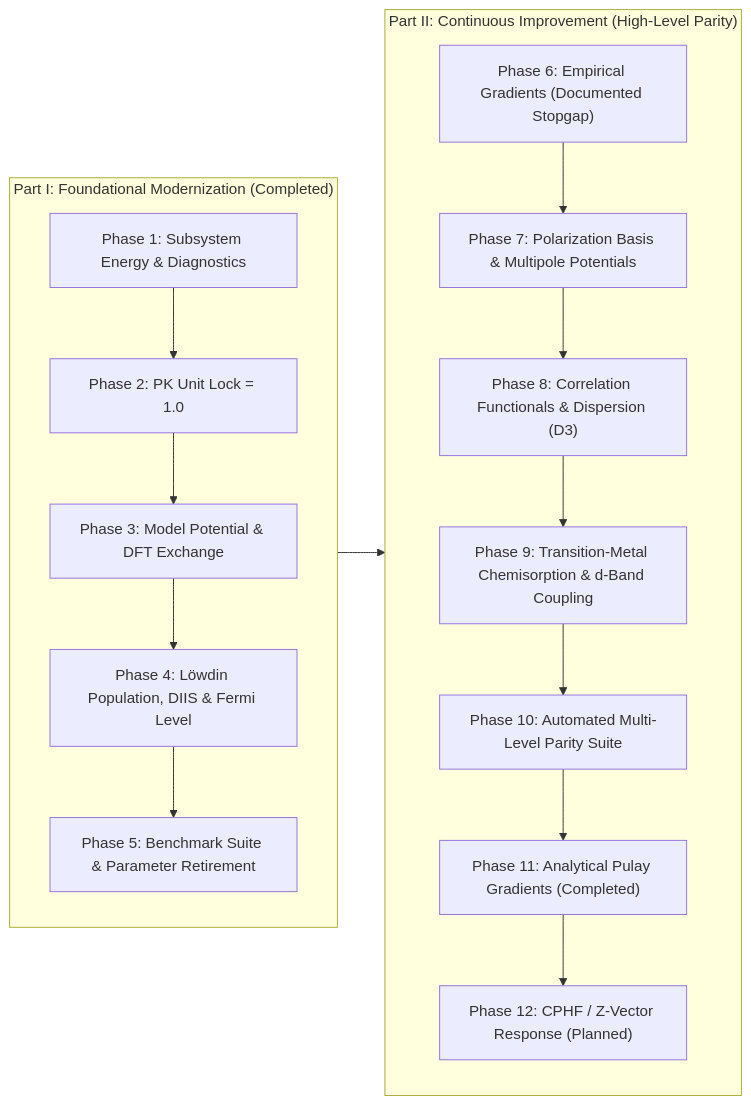
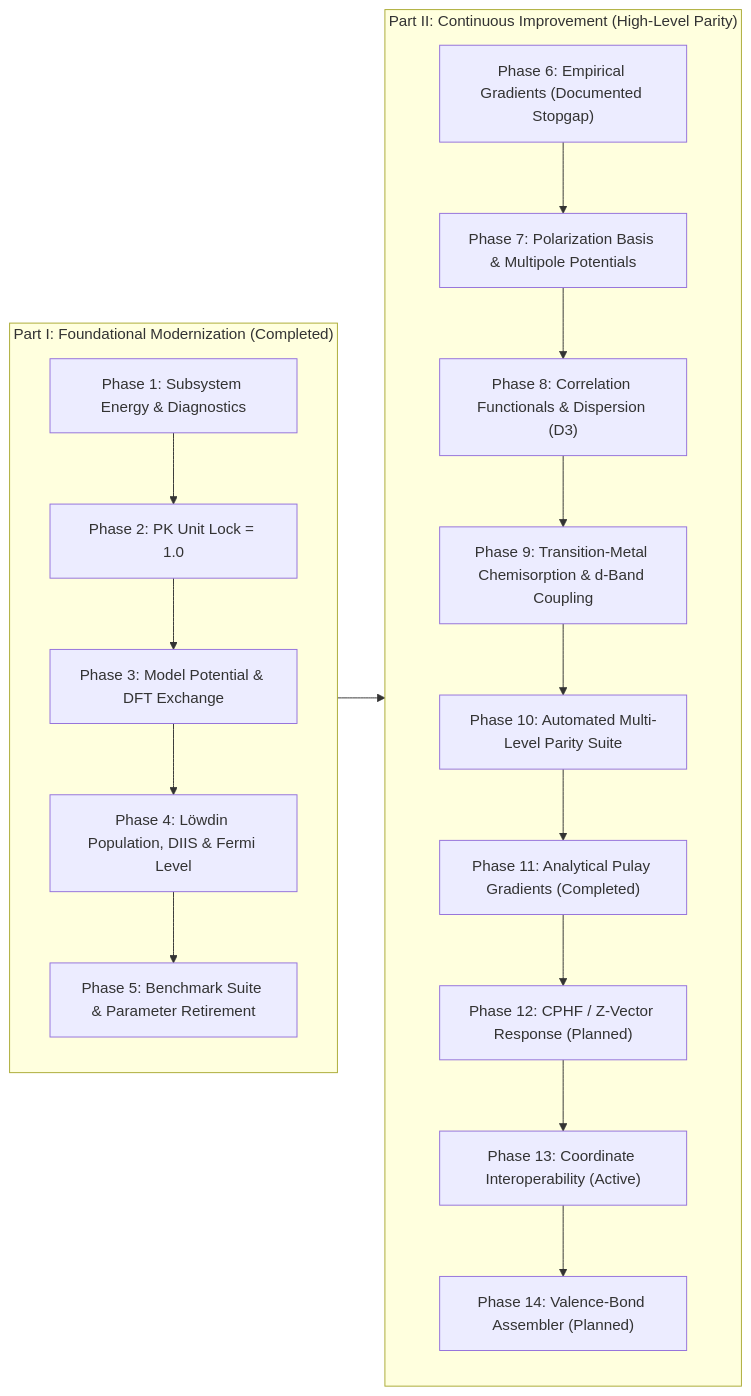
Before and after one commit to JackS9/phatpsy2: the diagram in ROADMAP.md, drawn with Mermaid. The commit also changed other lines of this file and 7 other files, not shown here.

````diff
--- a/ROADMAP.md
+++ b/ROADMAP.md
@@ -147,24 +166,26 @@
 ```mermaid
 flowchart LR
     subgraph Part1["Part I: Foundational Modernization (Completed)"]
         P1["Phase 1: Subsystem Energy & Diagnostics"]
         P2["Phase 2: PK Unit Lock = 1.0"]
         P3["Phase 3: Model Potential & DFT Exchange"]
         P4["Phase 4: Löwdin Population, DIIS & Fermi Level"]
         P5["Phase 5: Benchmark Suite & Parameter Retirement"]
         P1 --> P2 --> P3 --> P4 --> P5
     end
 
     subgraph Part2["Part II: Continuous Improvement (High-Level Parity)"]
         P6["Phase 6: Empirical Gradients (Documented Stopgap)"]
         P7["Phase 7: Polarization Basis & Multipole Potentials"]
         P8["Phase 8: Correlation Functionals & Dispersion (D3)"]
         P9["Phase 9: Transition-Metal Chemisorption & d-Band Coupling"]
         P10["Phase 10: Automated Multi-Level Parity Suite"]
         P11["Phase 11: Analytical Pulay Gradients (Completed)"]
         P12["Phase 12: CPHF / Z-Vector Response (Planned)"]
-        P6 --> P7 --> P8 --> P9 --> P10 --> P11 --> P12
+        P13["Phase 13: Coordinate Interoperability (Active)"]
+        P14["Phase 14: Valence-Bond Assembler (Planned)"]
+        P6 --> P7 --> P8 --> P9 --> P10 --> P11 --> P12 --> P13 --> P14
     end
 
     Part1 --> Part2
 ```
````
